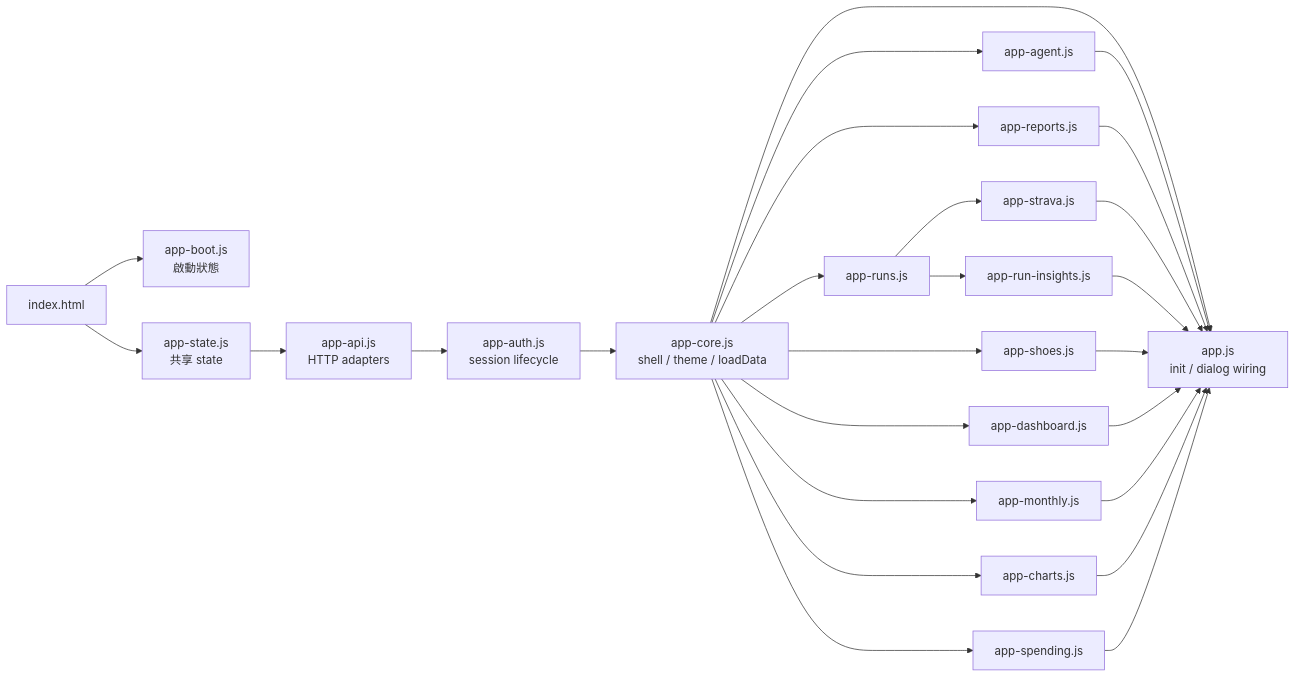
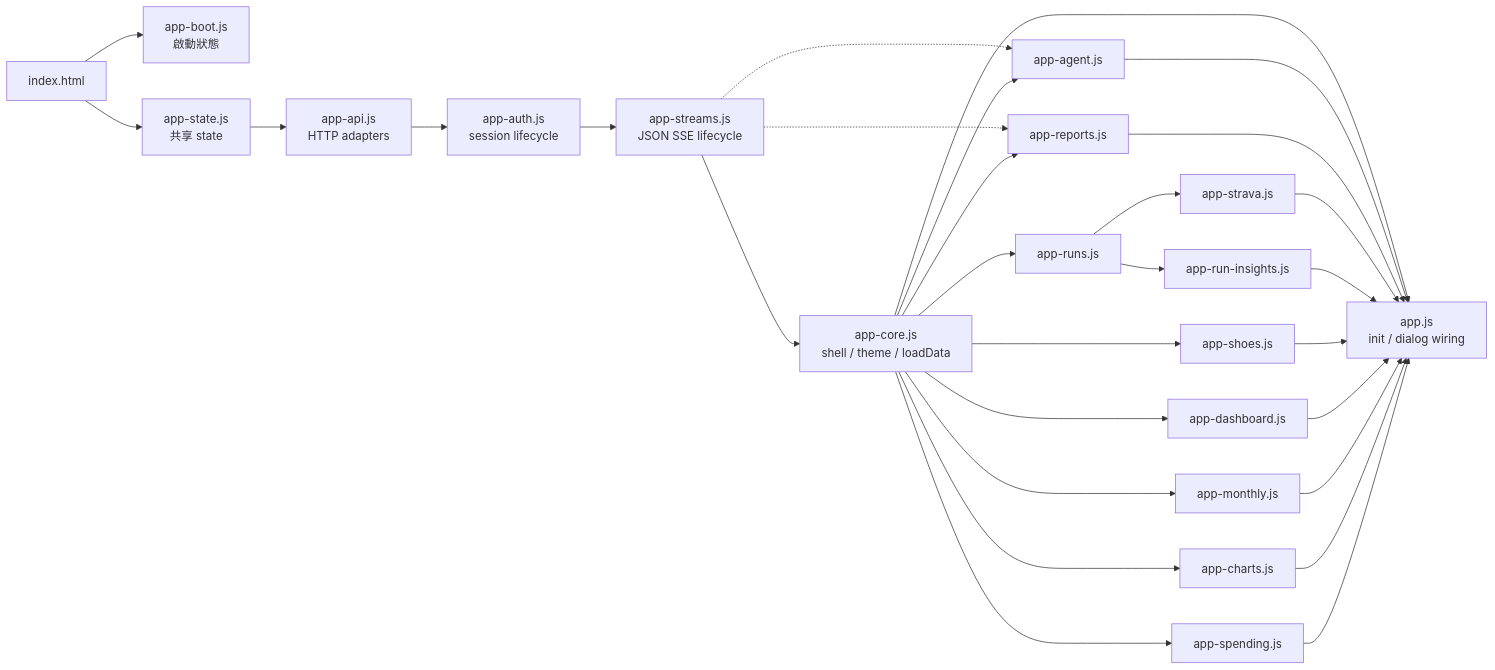
Before and after one commit to Teng91/running-shoes: the third of 6 diagrams in docs/architecture.md, drawn with Mermaid. The commit also changed other lines of this file and 29 other files, not shown here.

````diff
--- a/docs/architecture.md
+++ b/docs/architecture.md
@@ -94,28 +97,31 @@
 ```mermaid
 flowchart LR
     HTML[index.html] --> Boot[app-boot.js<br/>啟動狀態]
     HTML --> State[app-state.js<br/>共享 state]
     State --> API[app-api.js<br/>HTTP adapters]
     API --> AuthUI[app-auth.js<br/>session lifecycle]
-    AuthUI --> Core[app-core.js<br/>shell / theme / loadData]
+    AuthUI --> Streams[app-streams.js<br/>JSON SSE lifecycle]
+    Streams --> Core[app-core.js<br/>shell / theme / loadData]
+    Streams -.-> AgentUI
+    Streams -.-> ReportsUI
     Core --> AgentUI[app-agent.js]
     Core --> ReportsUI[app-reports.js]
     Core --> RunCRUD[app-runs.js]
     RunCRUD --> StravaUI[app-strava.js]
     RunCRUD --> RunInsights[app-run-insights.js]
     Core --> ShoesUI[app-shoes.js]
     Core --> Dashboard[app-dashboard.js]
     Core --> Monthly[app-monthly.js]
     Core --> Charts[app-charts.js]
     Core --> Spending[app-spending.js]
     Core --> Bootstrap[app.js<br/>init / dialog wiring]
     AgentUI --> Bootstrap
     ReportsUI --> Bootstrap
     StravaUI --> Bootstrap
     RunInsights --> Bootstrap
     ShoesUI --> Bootstrap
     Dashboard --> Bootstrap
     Monthly --> Bootstrap
     Charts --> Bootstrap
     Spending --> Bootstrap
 ```
````
